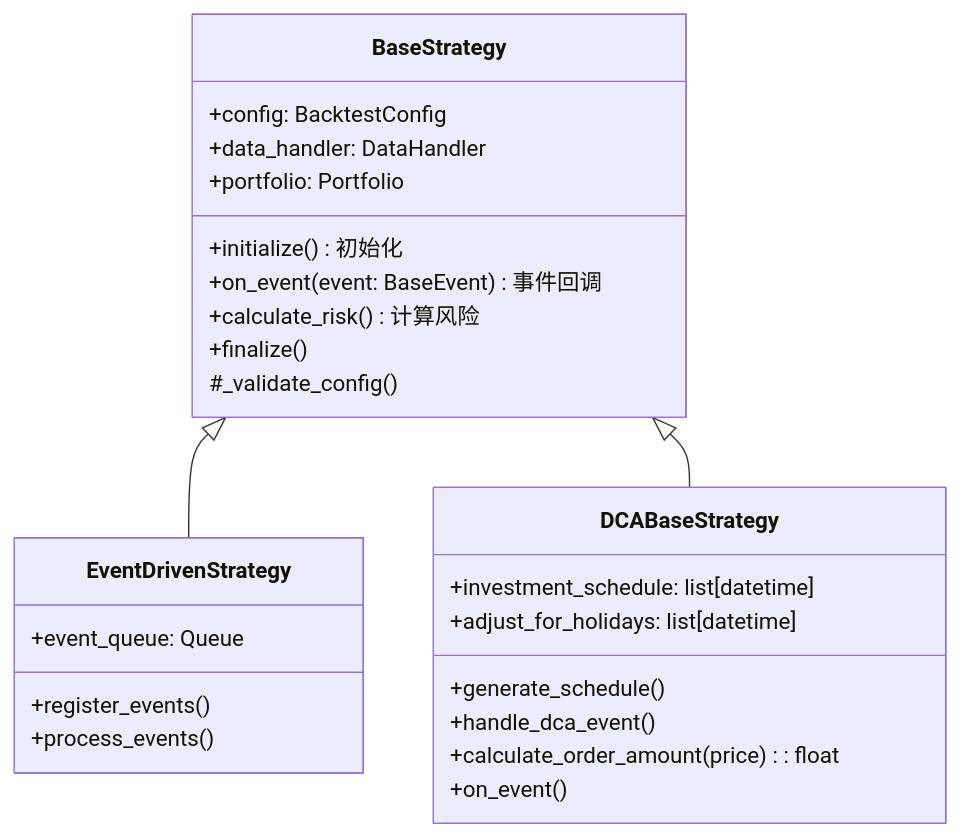
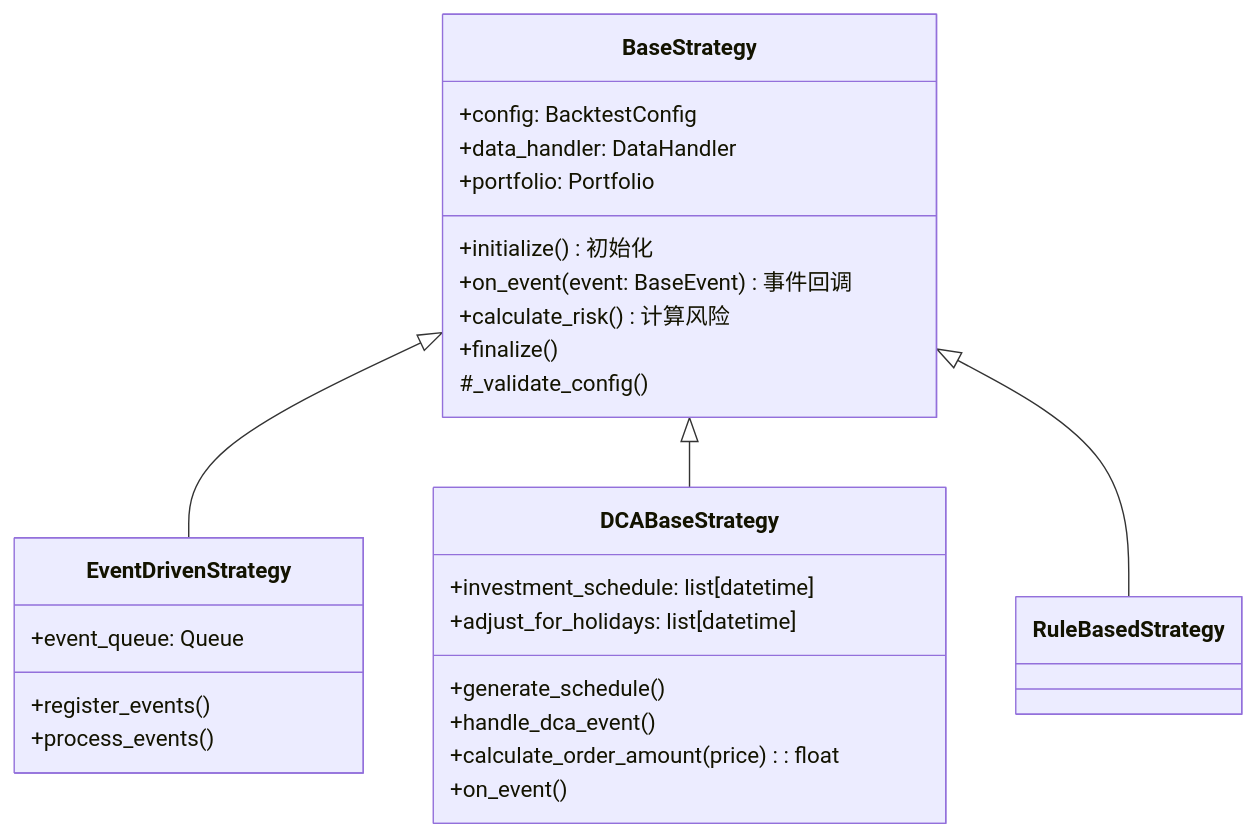
The diagram in docs/system-design/UML-Strategy.md (FAKE0704/awesome-Qsys), drawn with Mermaid before and after one commit. The commit also changed 23 other files, not shown here.

````diff
--- a/docs/system-design/UML-Strategy.md
+++ b/docs/system-design/UML-Strategy.md
@@ -2,30 +2,35 @@
 ```mermaid
 classDiagram
   class BaseStrategy {
           +config: BacktestConfig
           +data_handler: DataHandler
           +portfolio: Portfolio
           +initialize() 初始化
           +on_event(event: BaseEvent) 事件回调
           +calculate_risk() 计算风险
           +finalize() 
           #_validate_config()
       }
 
   class EventDrivenStrategy {
       +event_queue: Queue
       +register_events()
       +process_events()
   }
   class DCABaseStrategy {
       +investment_schedule: list[datetime]
       +generate_schedule()
       +handle_dca_event()
       +adjust_for_holidays: list[datetime]
       +calculate_order_amount(price): float
       +on_event()
   }
+  class RuleBasedStrategy {
+
+  }
+
 
   BaseStrategy <|-- EventDrivenStrategy
   BaseStrategy <|-- DCABaseStrategy
+  BaseStrategy <|-- RuleBasedStrategy
 ```
````
